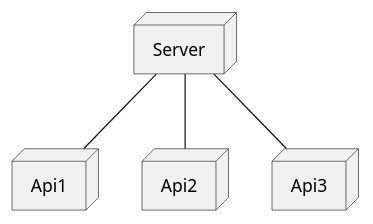
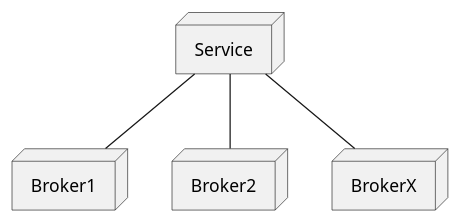
Before and after one commit to traderbook/documentation: the third of 3 diagrams in dev-docs/specs/serveur.adoc, drawn with PlantUML. The commit also changed other lines of this file and 9 other files, not shown here.

```diff
--- a/dev-docs/specs/serveur.adoc
+++ b/dev-docs/specs/serveur.adoc
@@ -47,11 +150,11 @@
 [plantuml, format="svg"]
 ....
-node Server
-node Api1
-node Api2
-node Api3
+node Service
+node Broker1
+node Broker2
+node BrokerX
 
-Server -down- Api1
-Server -down- Api2
-Server -down- Api3
+Service -down- Broker1
+Service -down- Broker2
+Service -down- BrokerX
 ....
```
